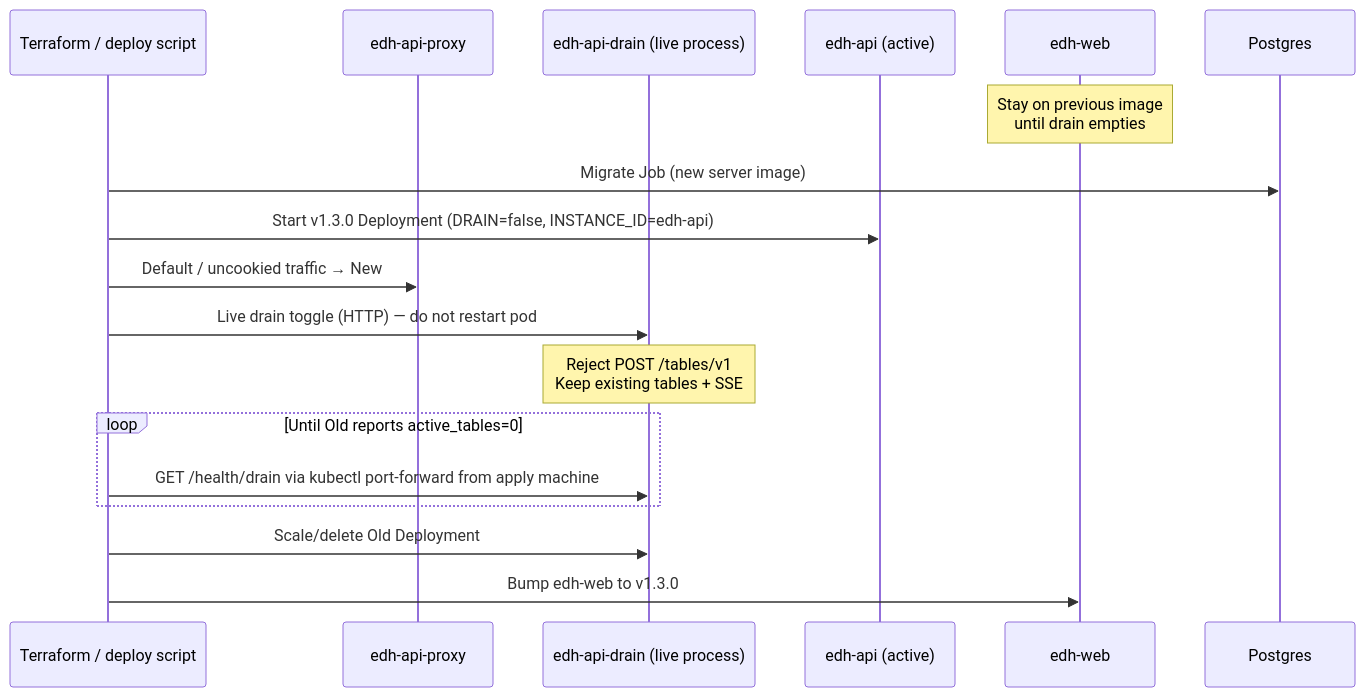
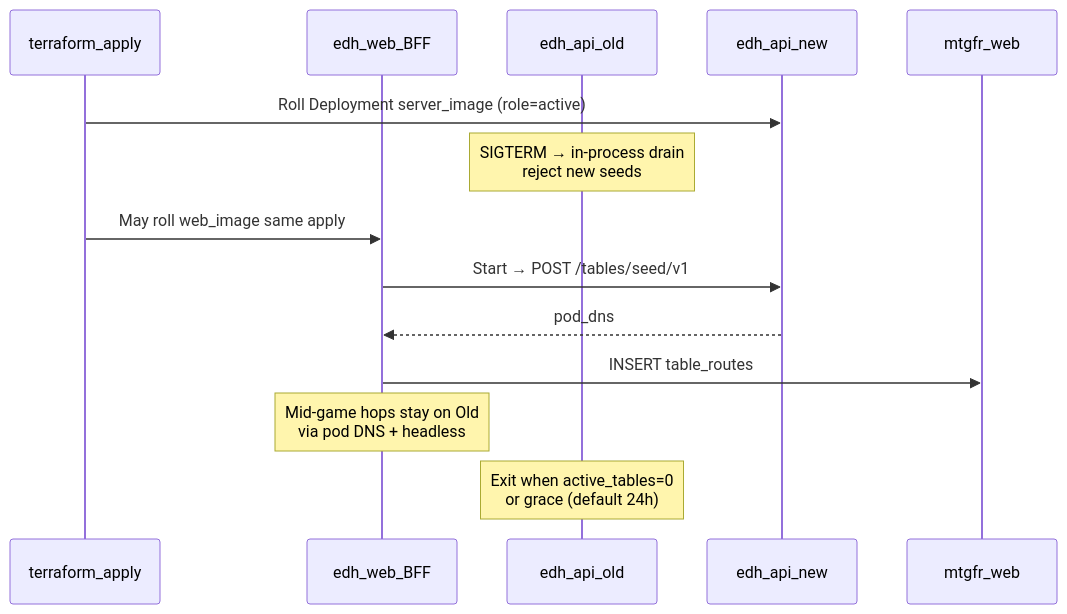
The diagram in docs/prds/DEPLOYMENT.md (Reilley64/mtgfr), drawn with Mermaid before and after one commit. The commit also changed other lines of this file and 135 other files, not shown here.

First line of the commit message:
feat: add solidstart BFF lobby with table-to-pod DNS (#2)

````diff
--- a/docs/prds/DEPLOYMENT.md
+++ b/docs/prds/DEPLOYMENT.md
@@ -226,21 +242,17 @@
 ```mermaid
 sequenceDiagram
-    participant TF as Terraform / deploy script
-    participant Proxy as edh-api-proxy
-    participant Old as edh-api-drain (live process)
-    participant New as edh-api (active)
-    participant Web as edh-web
-    participant PG as Postgres
+    participant TF as terraform_apply
+    participant BFF as edh_web_BFF
+    participant Old as edh_api_old
+    participant New as edh_api_new
+    participant WebDB as mtgfr_web
 
-    Note over Web: Stay on previous image<br/>until drain empties
-    TF->>PG: Migrate Job (new server image)
-    TF->>New: Start v1.3.0 Deployment (DRAIN=false, INSTANCE_ID=edh-api)
-    TF->>Proxy: Default / uncookied traffic → New
-    TF->>Old: Live drain toggle (HTTP) — do not restart pod
-    Note over Old: Reject POST /tables/v1<br/>Keep existing tables + SSE
-    loop Until Old reports active_tables=0
-        TF->>Old: GET /health/drain via kubectl port-forward from apply machine
-    end
-    TF->>Old: Scale/delete Old Deployment
-    TF->>Web: Bump edh-web to v1.3.0
+    TF->>New: Roll Deployment server_image (role=active)
+    Note over Old: SIGTERM → in-process drain<br/>reject new seeds
+    TF->>BFF: May roll web_image same apply
+    BFF->>New: Start → POST /tables/seed/v1
+    New-->>BFF: pod_dns
+    BFF->>WebDB: INSERT table_routes
+    Note over BFF: Mid-game hops stay on Old<br/>via pod DNS + headless
+    Note over Old: Exit when active_tables=0<br/>or grace (default 24h)
 ```
````
